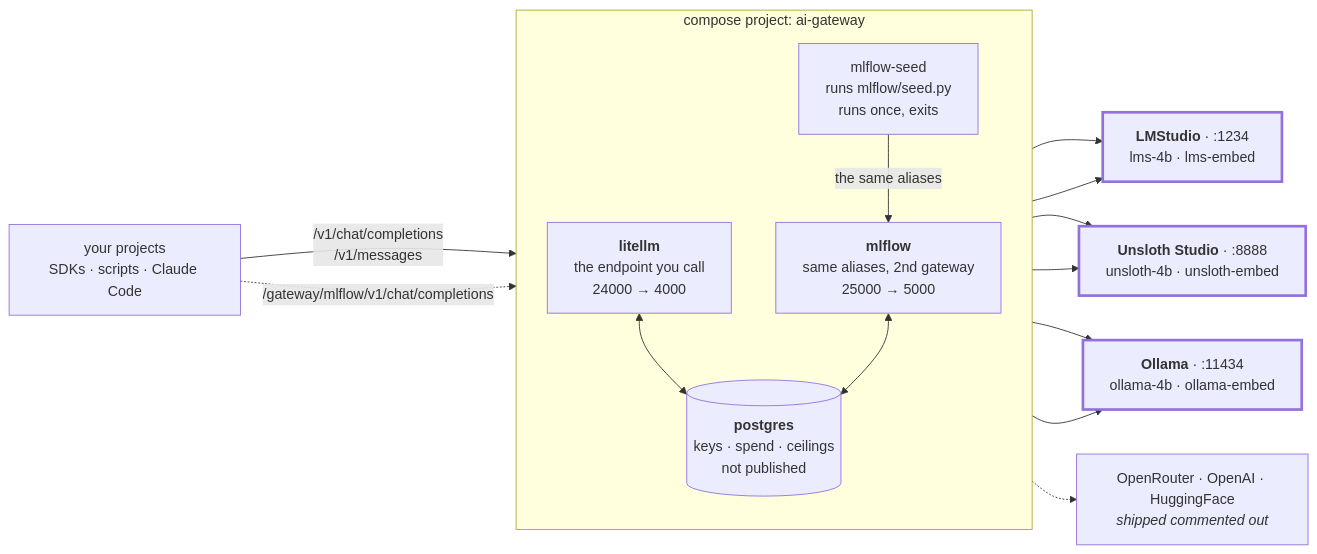
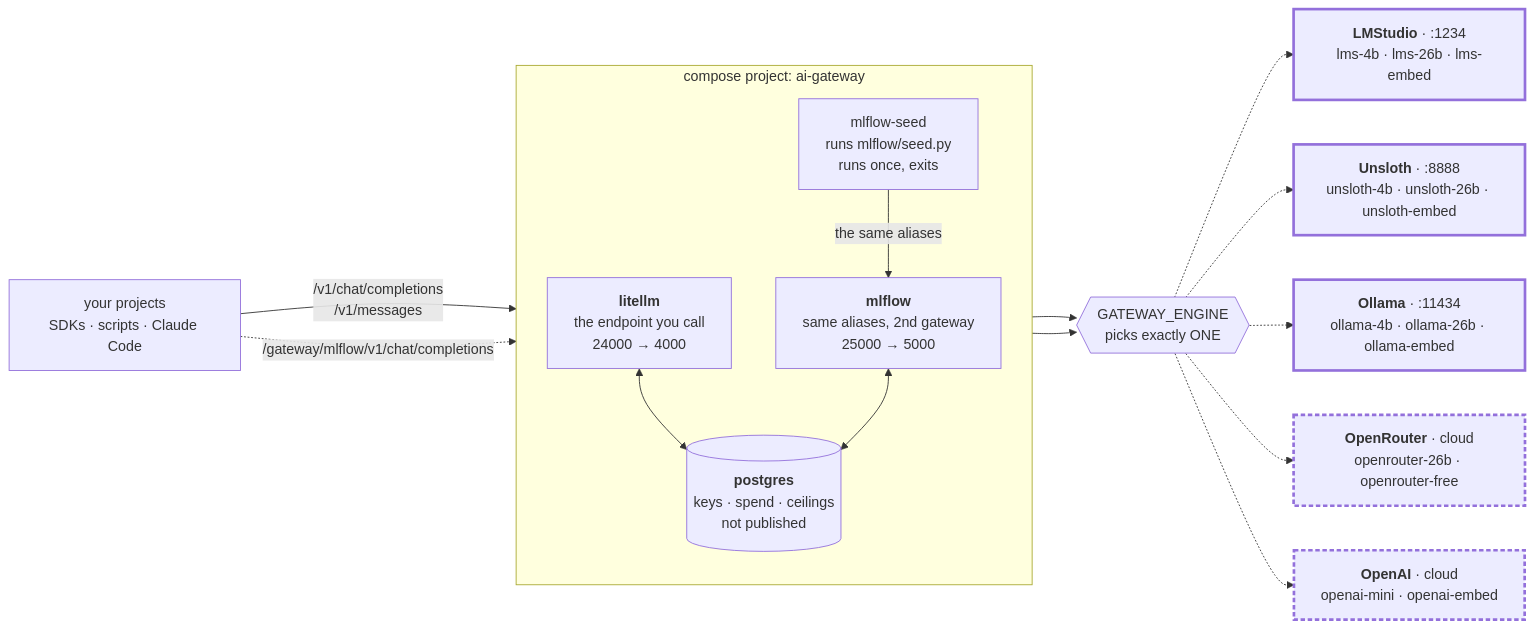
The diagram in README.md (lukaskellerstein/ai-gateway), drawn with Mermaid before and after one commit. The commit also changed other lines of this file and 51 other files, not shown here.

````diff
--- a/README.md
+++ b/README.md
@@ -67,29 +45,35 @@
 ```mermaid
 flowchart LR
     callers["your projects<br/>SDKs · scripts · Claude Code"]
 
     subgraph proj["compose project: ai-gateway"]
         direction TB
         litellm["<b>litellm</b><br/>the endpoint you call<br/>24000 → 4000"]
         mlf["<b>mlflow</b><br/>same aliases, 2nd gateway<br/>25000 → 5000"]
         seed["mlflow-seed<br/>runs mlflow/seed.py<br/>runs once, exits"]
         pg[("<b>postgres</b><br/>keys · spend · ceilings<br/>not published")]
         litellm <--> pg
         mlf <--> pg
         seed -->|"the same aliases"| mlf
     end
 
-    lms["<b>LMStudio</b> · :1234<br/>lms-4b · lms-embed"]
-    uns["<b>Unsloth Studio</b> · :8888<br/>unsloth-4b · unsloth-embed"]
-    oll["<b>Ollama</b> · :11434<br/>ollama-4b · ollama-embed"]
-    cloud["OpenRouter · OpenAI · HuggingFace<br/><i>shipped commented out</i>"]
+    engine{{"GATEWAY_ENGINE<br/>picks exactly ONE"}}
+
+    lms["<b>LMStudio</b> · :1234<br/>lms-4b · lms-26b · lms-embed"]
+    uns["<b>Unsloth</b> · :8888<br/>unsloth-4b · unsloth-26b · unsloth-embed"]
+    oll["<b>Ollama</b> · :11434<br/>ollama-4b · ollama-26b · ollama-embed"]
+    orr["<b>OpenRouter</b> · cloud<br/>openrouter-26b · openrouter-free"]
+    oai["<b>OpenAI</b> · cloud<br/>openai-mini · openai-embed"]
 
     callers -->|"/v1/chat/completions<br/>/v1/messages"| litellm
     callers -.->|"/gateway/mlflow/v1/chat/completions"| mlf
-    litellm --> lms & uns & oll
-    litellm -.-> cloud
-    mlf --> lms & uns & oll
+    litellm --> engine
+    mlf --> engine
+    engine -.-> lms & uns & oll
+    engine -.-> orr & oai
 
     classDef onhost stroke-width:3px
+    classDef paid stroke-width:3px,stroke-dasharray: 5 3
     class lms,uns,oll onhost
+    class orr,oai paid
 ```
````
